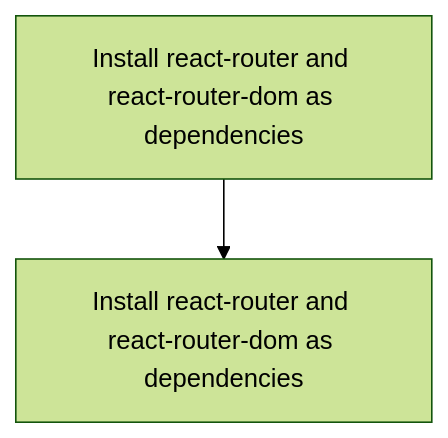
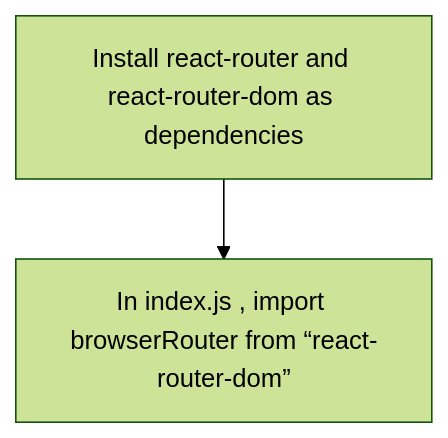
Before and after one commit to Apoorv266/neoG-assignments: the diagram in Notes/Router/router.md, drawn with Mermaid (forest theme).

````diff
--- a/Notes/Router/router.md
+++ b/Notes/Router/router.md
@@ -5,5 +5,5 @@
 ```mermaid
 flowchart TD
-    A[Install react-router and react-router-dom as dependencies]-->B[Install react-router and react-router-dom as dependencies];
+    A[Install react-router and react-router-dom as dependencies]-->B[In index.js , import browserRouter from “react-router-dom”];
     
 ```
````
